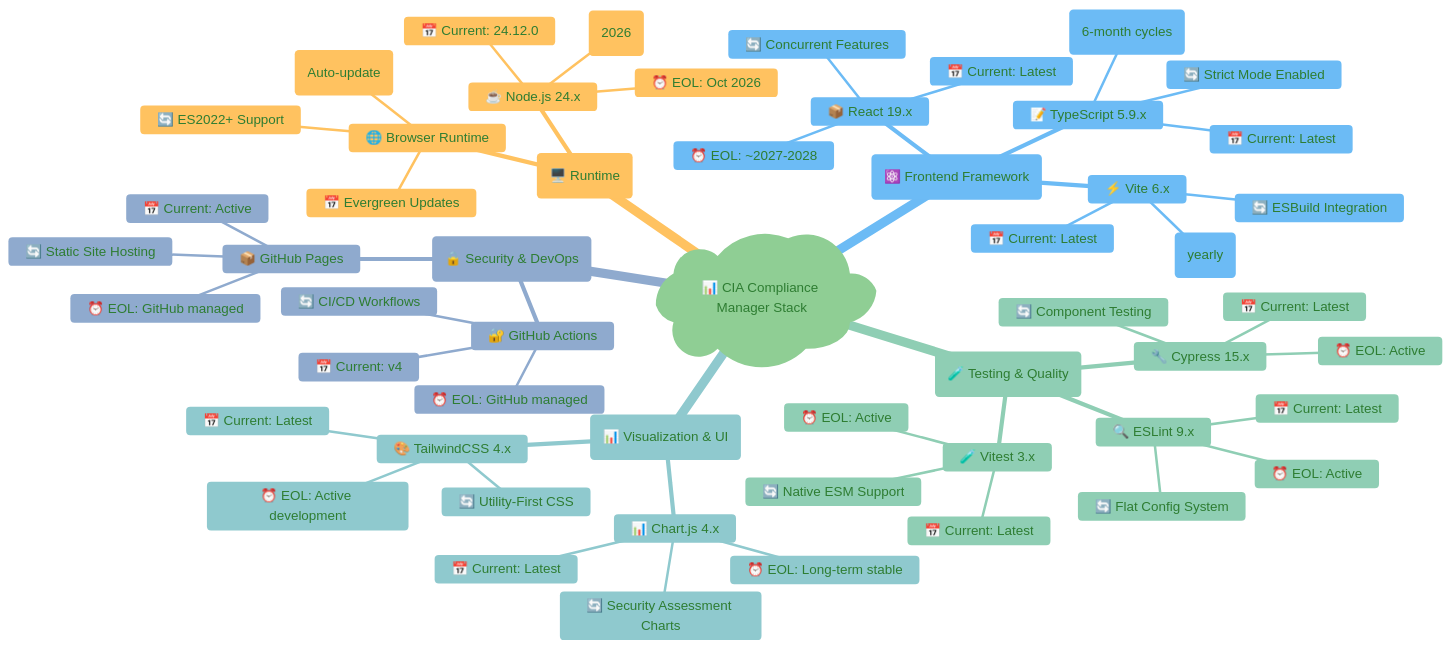
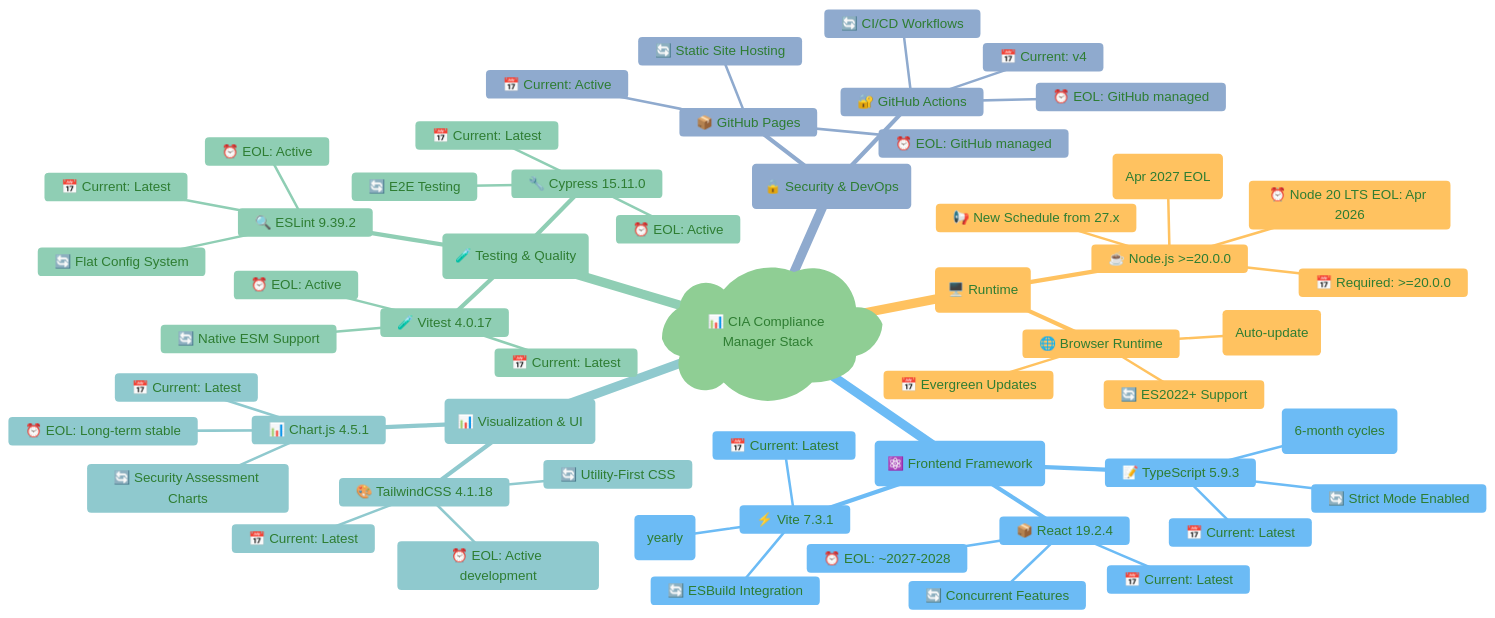
One commit to Hack23/cia-compliance-manager changed the first of 9 diagrams in docs/End-of-Life-Strategy.md. Above: the diagram before and after it, drawn with Mermaid. The commit also changed other lines of this file, not shown here.

First line of the commit message:
Update End-of-Life-Strategy.md with new Node.js schedule, updated tech versions, and ISMS alignment

````diff
--- a/docs/End-of-Life-Strategy.md
+++ b/docs/End-of-Life-Strategy.md
@@ -38,69 +51,70 @@
 ```mermaid
 %%{
   init: {
     'theme': 'base',
     'themeVariables': {
       'primaryColor': '#e8f5e9',
       'primaryTextColor': '#2e7d32',
       'lineColor': '#4caf50',
       'secondaryColor': '#fff3e0',
       'tertiaryColor': '#e3f2fd'
     }
   }
 }%%
 mindmap
   root)📊 CIA Compliance Manager Stack(
     (🖥️ Runtime)
-      ☕ Node.js 24.x
-        📅 Current: 24.12.0
-        ⏰ EOL: Oct 2026
-        🔄 Next LTS: 26.x (2026)
+      ☕ Node.js >=20.0.0
+        📅 Required: >=20.0.0
+        ⏰ Node 20 LTS EOL: Apr 2026
+        🔄 Next: Node 22 LTS (Apr 2027 EOL)
+        📢 New Schedule from 27.x
       🌐 Browser Runtime
         📅 Evergreen Updates
         ⏰ EOL: N/A (Auto-update)
         🔄 ES2022+ Support
     (⚛️ Frontend Framework)
-      📦 React 19.x
+      📦 React 19.2.4
         📅 Current: Latest
         ⏰ EOL: ~2027-2028
         🔄 Concurrent Features
-      📝 TypeScript 5.9.x
+      📝 TypeScript 5.9.3
         📅 Current: Latest
         ⏰ EOL: Active (6-month cycles)
         🔄 Strict Mode Enabled
-      ⚡ Vite 6.x
+      ⚡ Vite 7.3.1
         📅 Current: Latest
         ⏰ EOL: Active (yearly)
         🔄 ESBuild Integration
     (🧪 Testing & Quality)
-      🧪 Vitest 3.x
+      🧪 Vitest 4.0.17
         📅 Current: Latest
         ⏰ EOL: Active
         🔄 Native ESM Support
-      🔧 Cypress 15.x
+      🔧 Cypress 15.11.0
         📅 Current: Latest
         ⏰ EOL: Active
-        🔄 Component Testing
-      🔍 ESLint 9.x
+        🔄 E2E Testing
+      🔍 ESLint 9.39.2
         📅 Current: Latest
         ⏰ EOL: Active
         🔄 Flat Config System
     (📊 Visualization & UI)
-      📊 Chart.js 4.x
+      📊 Chart.js 4.5.1
         📅 Current: Latest
         ⏰ EOL: Long-term stable
         🔄 Security Assessment Charts
-      🎨 TailwindCSS 4.x
+      🎨 TailwindCSS 4.1.18
         📅 Current: Latest
         ⏰ EOL: Active development
         🔄 Utility-First CSS
     (🔒 Security & DevOps)
       🔐 GitHub Actions
         📅 Current: v4
         ⏰ EOL: GitHub managed
         🔄 CI/CD Workflows
       📦 GitHub Pages
         📅 Current: Active
         ⏰ EOL: GitHub managed
         🔄 Static Site Hosting
 ```
````
